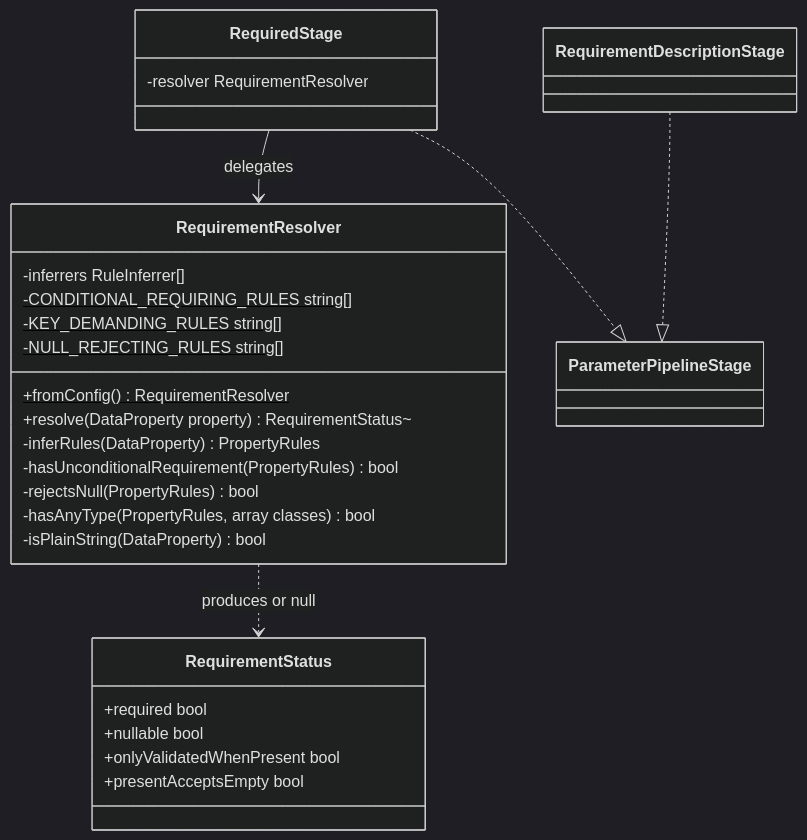
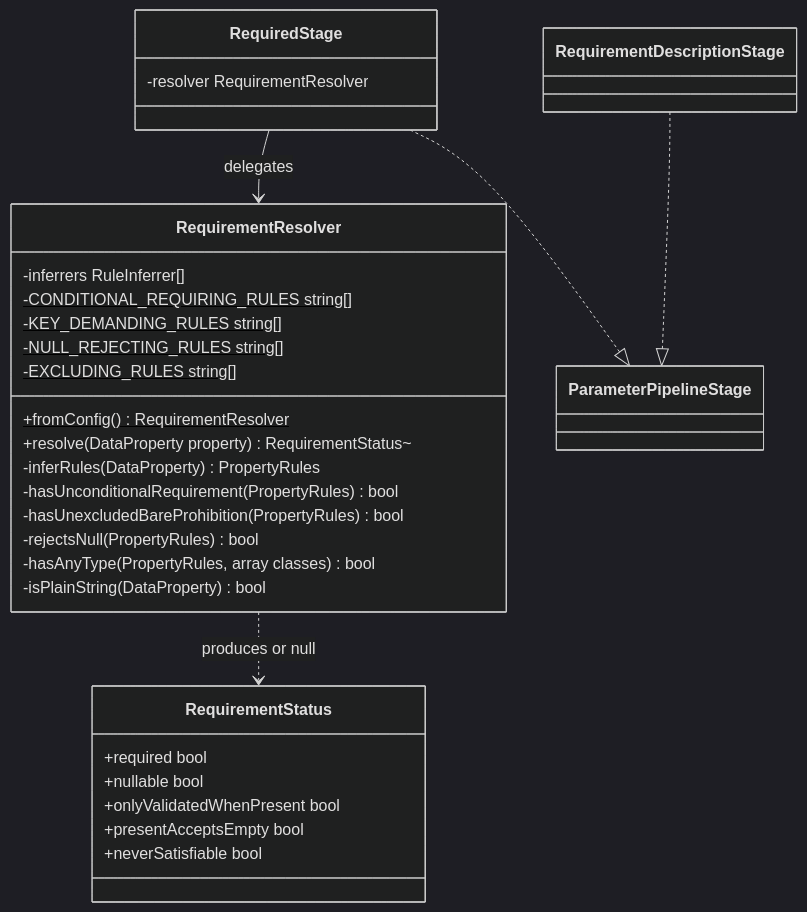
One commit to abrhadev/laravel-data-docs changed the diagram in spdd/prompt/LDD-202609260836-[Canvas]-pipeline-requirement-resolution.md. Above: the diagram before and after it, drawn with Mermaid (dark theme). The commit also changed other lines of this file and 44 other files, not shown here.

````diff
--- a/spdd/prompt/LDD-202609260836-[Canvas]-pipeline-requirement-resolution.md
+++ b/spdd/prompt/LDD-202609260836-[Canvas]-pipeline-requirement-resolution.md
@@ -19,32 +19,35 @@
 ```mermaid
 classDiagram
     class RequiredStage {
         -resolver RequirementResolver
     }
     class RequirementDescriptionStage
     class RequirementResolver {
         -inferrers RuleInferrer[]
         -CONDITIONAL_REQUIRING_RULES string[]$
         -KEY_DEMANDING_RULES string[]$
         -NULL_REJECTING_RULES string[]$
+        -EXCLUDING_RULES string[]$
         +fromConfig() RequirementResolver$
         +resolve(DataProperty property) RequirementStatus~
         -inferRules(DataProperty) PropertyRules
         -hasUnconditionalRequirement(PropertyRules) bool
+        -hasUnexcludedBareProhibition(PropertyRules) bool
         -rejectsNull(PropertyRules) bool
         -hasAnyType(PropertyRules, array classes) bool
         -isPlainString(DataProperty) bool
     }
 
     class RequirementStatus {
         +required bool
         +nullable bool
         +onlyValidatedWhenPresent bool
         +presentAcceptsEmpty bool
+        +neverSatisfiable bool
     }
 
     RequiredStage ..|> ParameterPipelineStage
     RequirementDescriptionStage ..|> ParameterPipelineStage
     RequiredStage --> RequirementResolver : delegates
     RequirementResolver ..> RequirementStatus : produces or null
 ```
````
